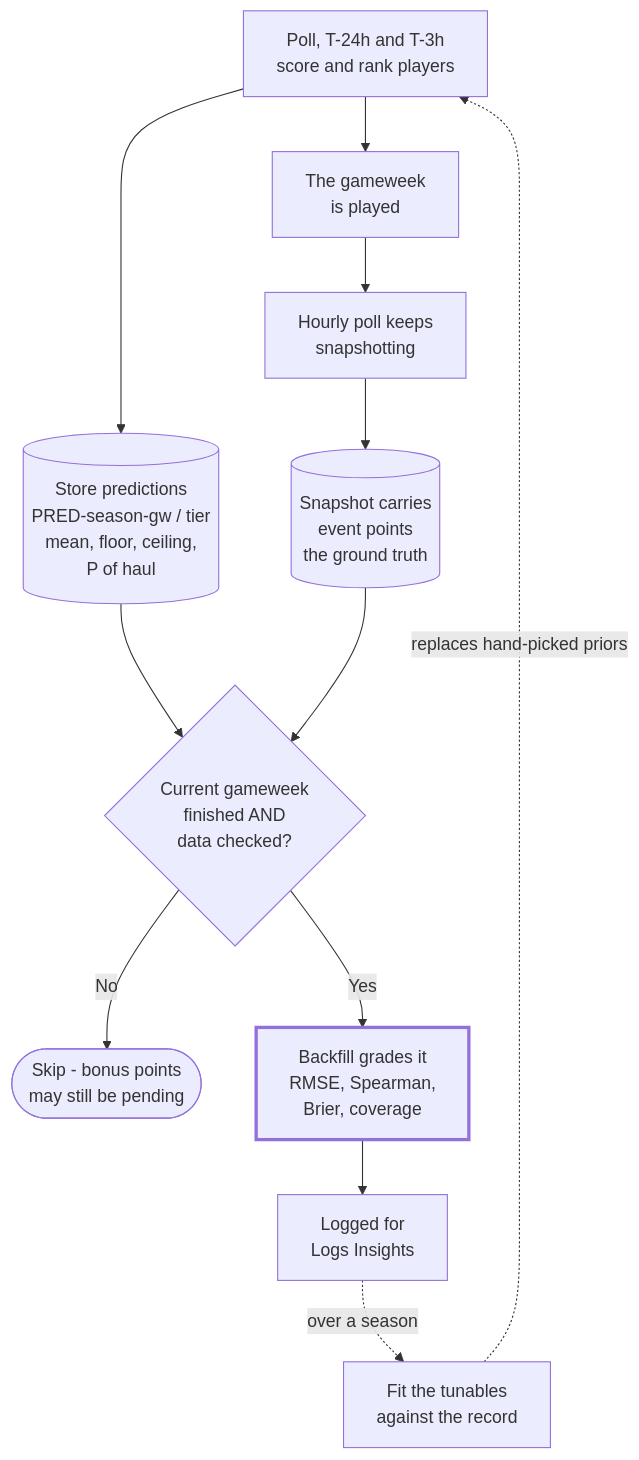
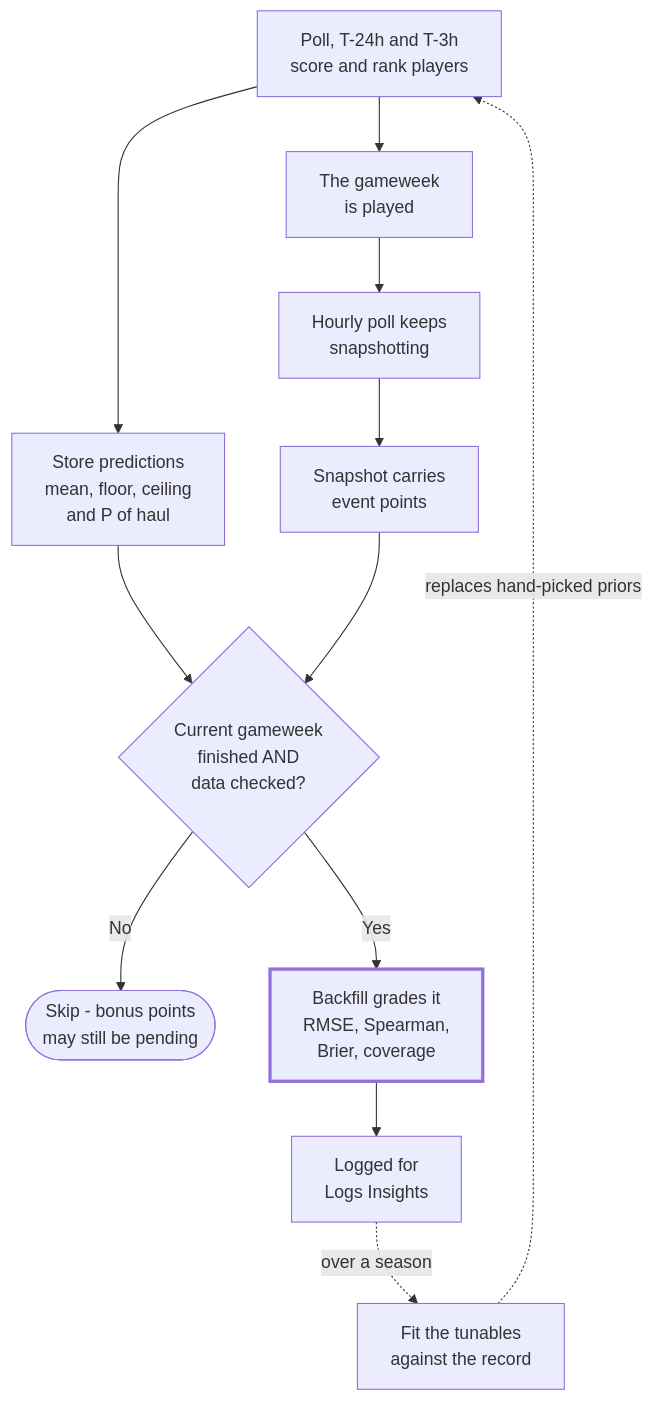
Before and after one commit to MasonGallagher/FplBot: the ninth of 12 diagrams in docs/DIAGRAMS.md, drawn with Mermaid. The commit also changed other lines of this file, not shown here.

First line of the commit message:
docs: fix the real cause of diagram text overflowing its shape

````diff
--- a/docs/DIAGRAMS.md
+++ b/docs/DIAGRAMS.md
@@ -349,25 +349,25 @@
 ```mermaid
 flowchart TD
     P1["Poll, T-24h and T-3h<br/>score and rank players"]
-    P2[("Store predictions<br/>PRED-season-gw / tier<br/>mean, floor, ceiling,<br/>P of haul")]
+    P2["Store predictions<br/>mean, floor, ceiling<br/>and P of haul"]
     M["The gameweek<br/>is played"]
     P3["Hourly poll keeps<br/>snapshotting"]
-    P4[("Snapshot carries<br/>event points<br/>the ground truth")]
+    P4["Snapshot carries<br/>event points"]
     B{"Current gameweek<br/>finished AND<br/>data checked?"}
     SKIP(["Skip - bonus points<br/>may still be pending"])
     G["Backfill grades it<br/>RMSE, Spearman,<br/>Brier, coverage"]
     L["Logged for<br/>Logs Insights"]
     FIT["Fit the tunables<br/>against the record"]
 
     P1 --> P2
     P1 --> M --> P3 --> P4
     P2 --> B
     P4 --> B
     B -->|"No"| SKIP
     B -->|"Yes"| G --> L
     L -.->|"over a season"| FIT
     FIT -.->|"replaces hand-picked priors"| P1
 
     classDef emphasis stroke-width:3px
     class G emphasis
 ```
````
